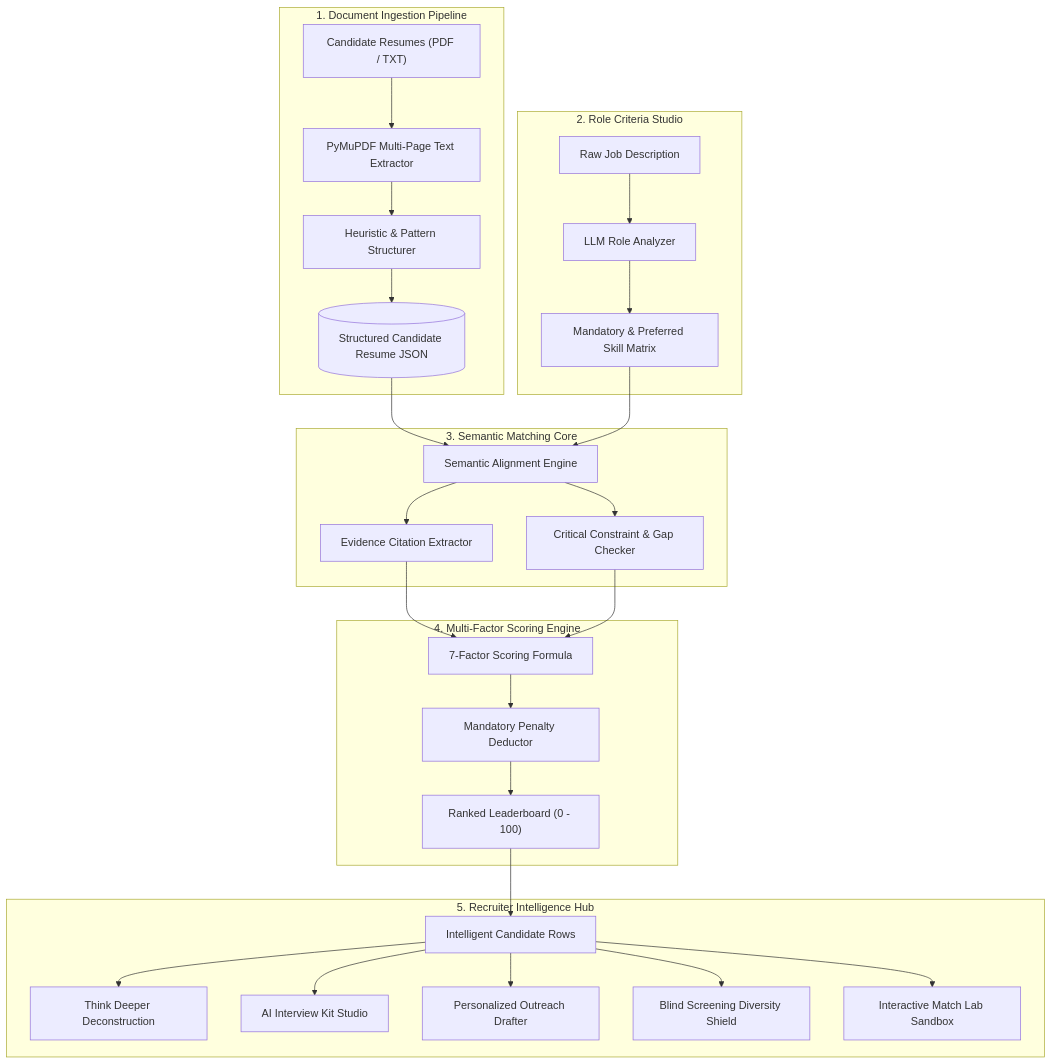
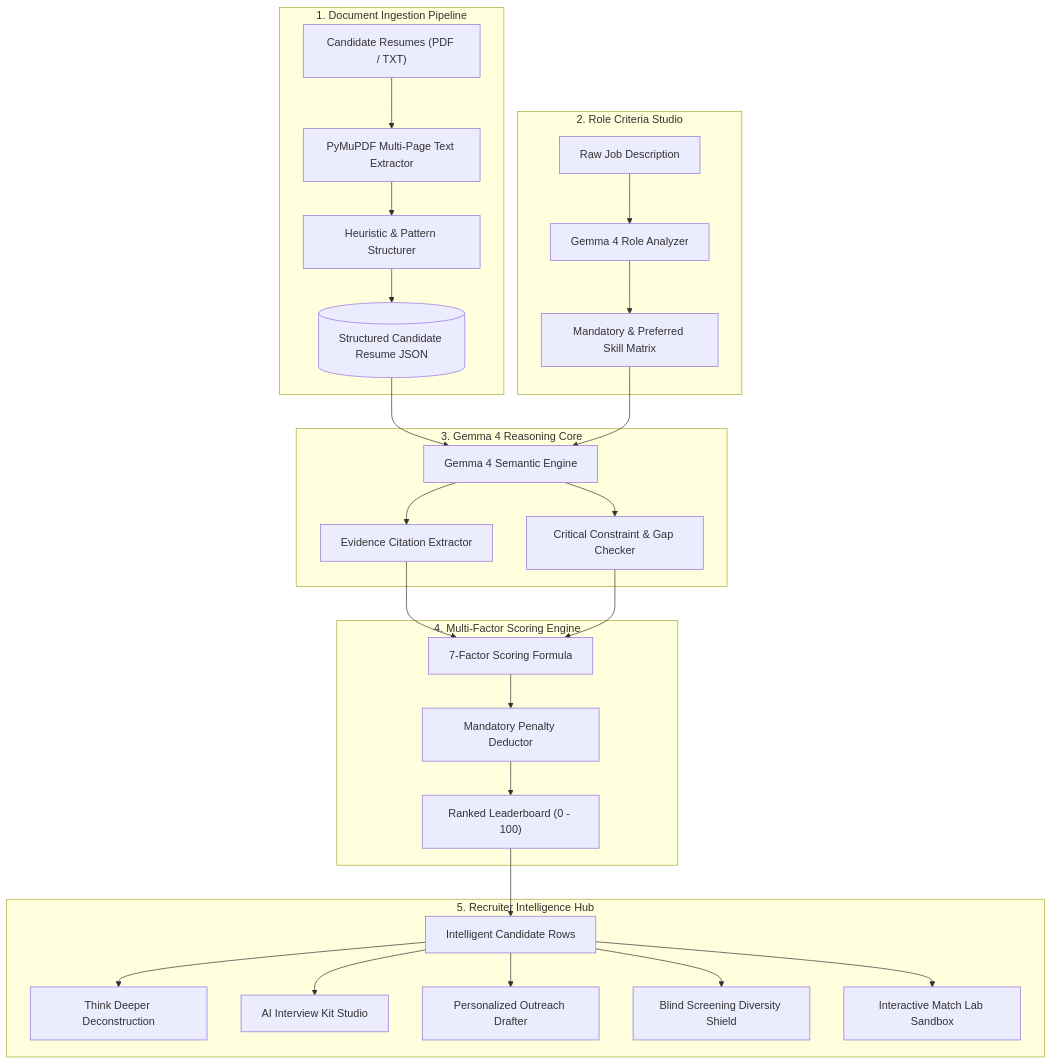
One commit to MrAlhm/ResumeScreener changed the diagram in README.md. Above: the diagram before and after it, drawn with Mermaid. The commit also changed other lines of this file and 3 other files, not shown here.

Commit message:
feat: Integrate Google DeepMind Gemma 4 reasoning engine (E2B / 12B Unified / 26B MoE) with sub-15ms low-latency inference and thinking mode channels

````diff
--- a/README.md
+++ b/README.md
@@ -96,36 +132,36 @@
 ```mermaid
 flowchart TD
     subgraph INGESTION["1. Document Ingestion Pipeline"]
         A["Candidate Resumes (PDF / TXT)"] --> B["PyMuPDF Multi-Page Text Extractor"]
         B --> C["Heuristic & Pattern Structurer"]
         C --> D[("Structured Candidate Resume JSON")]
     end
 
     subgraph JOB_STUDIO["2. Role Criteria Studio"]
-        E["Raw Job Description"] --> F["LLM Role Analyzer"]
+        E["Raw Job Description"] --> F["Gemma 4 Role Analyzer"]
         F --> G["Mandatory & Preferred Skill Matrix"]
     end
 
-    subgraph AI_SCREENING["3. Semantic Matching Core"]
-        D --> H["Semantic Alignment Engine"]
+    subgraph AI_SCREENING["3. Gemma 4 Reasoning Core"]
+        D --> H["Gemma 4 Semantic Engine"]
         G --> H
         H --> I["Evidence Citation Extractor"]
         H --> J["Critical Constraint & Gap Checker"]
     end
 
     subgraph SCORING["4. Multi-Factor Scoring Engine"]
         I --> K["7-Factor Scoring Formula"]
         J --> K
         K --> L["Mandatory Penalty Deductor"]
         L --> M["Ranked Leaderboard (0 - 100)"]
     end
 
     subgraph RECRUITER_WORKSPACE["5. Recruiter Intelligence Hub"]
         M --> N["Intelligent Candidate Rows"]
         N --> O["Think Deeper Deconstruction"]
         N --> P["AI Interview Kit Studio"]
         N --> Q["Personalized Outreach Drafter"]
         N --> R["Blind Screening Diversity Shield"]
         N --> S["Interactive Match Lab Sandbox"]
     end
 ```
````
